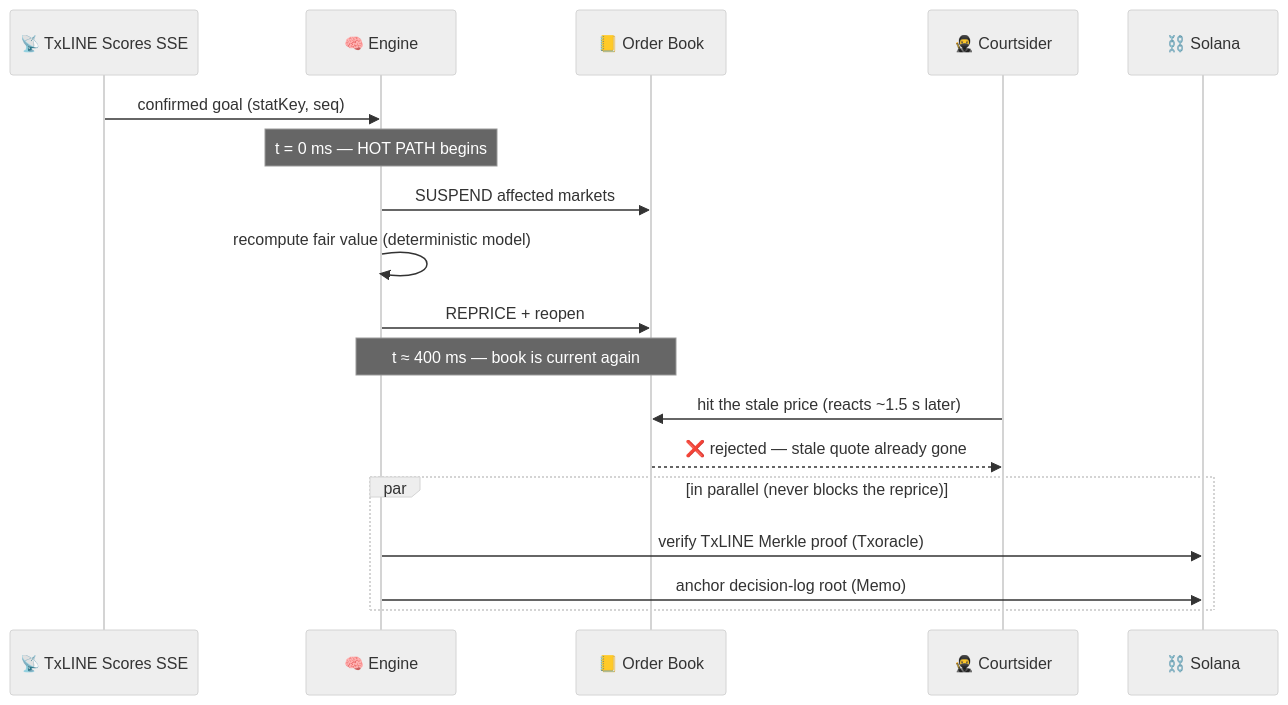
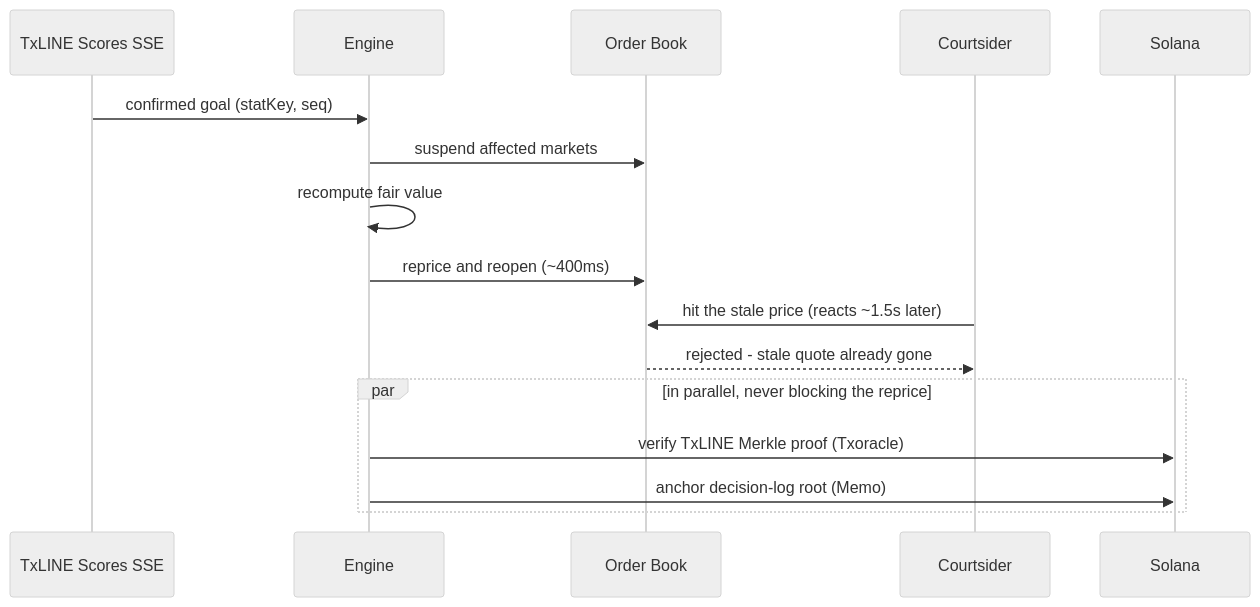
Before and after one commit to Hijanhv/Catenaccio: the second of 2 diagrams in README.md, drawn with Mermaid (neutral theme). The commit also changed other lines of this file and 14 other files, not shown here.

Commit message:
Brighten architecture diagram to match theme; remove marketing tone from README and code comments

````diff
--- a/README.md
+++ b/README.md
@@ -128,21 +100,19 @@
 ```mermaid
 sequenceDiagram
-    participant TX as 📡 TxLINE Scores SSE
-    participant EN as 🧠 Engine
-    participant BK as 📒 Order Book
-    participant CT as 🥷 Courtsider
-    participant SOL as ⛓️ Solana
+    participant TX as TxLINE Scores SSE
+    participant EN as Engine
+    participant BK as Order Book
+    participant CT as Courtsider
+    participant SOL as Solana
 
     TX->>EN: confirmed goal (statKey, seq)
-    Note over EN: t = 0 ms — HOT PATH begins
-    EN->>BK: SUSPEND affected markets
-    EN->>EN: recompute fair value (deterministic model)
-    EN->>BK: REPRICE + reopen
-    Note over EN,BK: t ≈ 400 ms — book is current again
-    CT->>BK: hit the stale price (reacts ~1.5 s later)
-    BK-->>CT: ❌ rejected — stale quote already gone
-    par in parallel (never blocks the reprice)
+    EN->>BK: suspend affected markets
+    EN->>EN: recompute fair value
+    EN->>BK: reprice and reopen (~400ms)
+    CT->>BK: hit the stale price (reacts ~1.5s later)
+    BK-->>CT: rejected - stale quote already gone
+    par in parallel, never blocking the reprice
         EN->>SOL: verify TxLINE Merkle proof (Txoracle)
         EN->>SOL: anchor decision-log root (Memo)
     end
 ```
````
